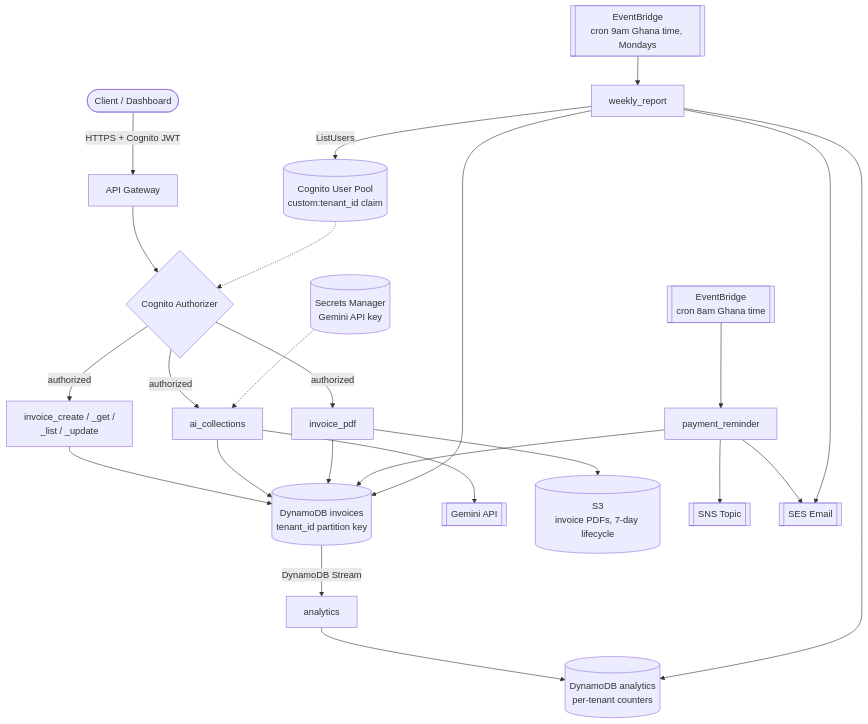
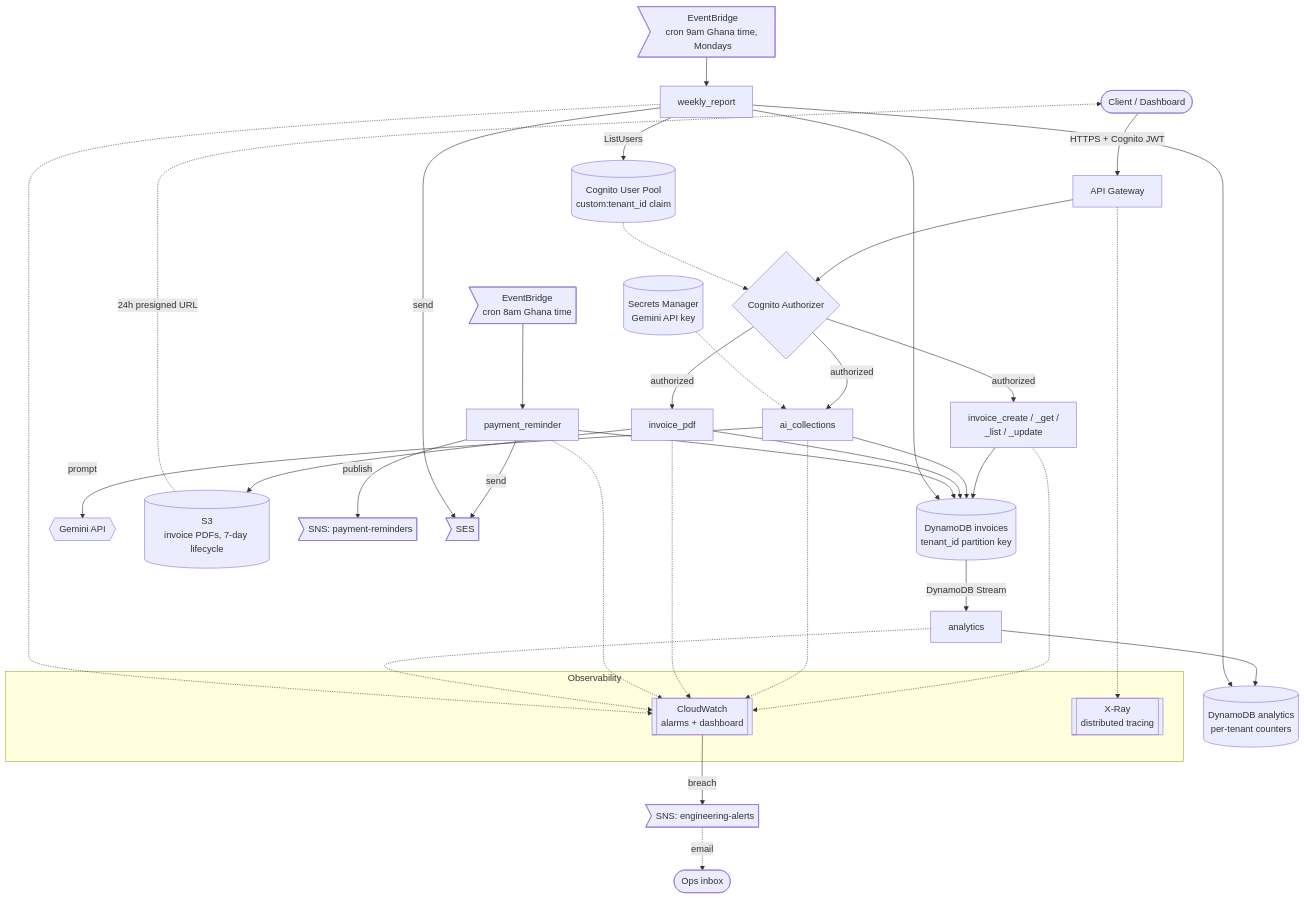
One commit to Aliu2211/paytrack-africa changed the diagram in README.md. Above: the diagram before and after it, drawn with Mermaid. The commit also changed other lines of this file, not shown here.

Commit message:
docs: fix architecture diagram to use consistent, accurate elements
The diagram used the same subroutine shape for AWS-native services,
messaging, and an external third-party API interchangeably, and
omitted CloudWatch/X-Ray entirely despite both being called out in the
services table below it. Gives each category (compute, data store,
decision, external API, eventing) its own shape, splits the single
generic SNS node into the two real topics (payment-reminders vs
engineering-alerts), adds the presigned-URL response back to the
client, and adds an Observability subgraph for CloudWatch/X-Ray.

````diff
--- a/README.md
+++ b/README.md
@@ -19,34 +21,44 @@
 ```mermaid
 flowchart TD
     Client([Client / Dashboard]) -->|"HTTPS + Cognito JWT"| APIGW[API Gateway]
     APIGW --> Auth{Cognito Authorizer}
 
     Auth -->|authorized| CRUD["invoice_create / _get /<br/>_list / _update"]
     Auth -->|authorized| Collect[ai_collections]
     Auth -->|authorized| PDF[invoice_pdf]
 
     CRUD --> DDB[("DynamoDB invoices<br/>tenant_id partition key")]
     Collect --> DDB
     PDF --> DDB
 
-    Collect --> Gemini[[Gemini API]]
+    Collect -->|"prompt"| Gemini{{Gemini API}}
     Secrets[("Secrets Manager<br/>Gemini API key")] -.-> Collect
 
     PDF --> S3PDF[("S3<br/>invoice PDFs, 7-day lifecycle")]
+    S3PDF -.->|"24h presigned URL"| Client
 
-    EventBridge[["EventBridge<br/>cron 8am Ghana time"]] --> Reminder[payment_reminder]
+    CronReminder>"EventBridge<br/>cron 8am Ghana time"] --> Reminder[payment_reminder]
     Reminder --> DDB
-    Reminder --> SNS[[SNS Topic]]
-    Reminder --> SES[[SES Email]]
+    Reminder -->|"publish"| SNSReminders>"SNS: payment-reminders"]
+    Reminder -->|"send"| SESOut>"SES"]
 
     DDB -->|"DynamoDB Stream"| Analytics[analytics]
     Analytics --> AnalyticsTable[("DynamoDB analytics<br/>per-tenant counters")]
 
-    WeeklyCron[["EventBridge<br/>cron 9am Ghana time, Mondays"]] --> WeeklyReport[weekly_report]
+    CronWeekly>"EventBridge<br/>cron 9am Ghana time, Mondays"] --> WeeklyReport[weekly_report]
     WeeklyReport --> DDB
     WeeklyReport --> AnalyticsTable
     WeeklyReport -->|"ListUsers"| CognitoPool
-    WeeklyReport --> SES
+    WeeklyReport -->|"send"| SESOut
 
     CognitoPool[("Cognito User Pool<br/>custom:tenant_id claim")] -.-> Auth
+
+    subgraph Observability
+        CW[["CloudWatch<br/>alarms + dashboard"]]
+        XRay[["X-Ray<br/>distributed tracing"]]
+    end
+    APIGW -.-> XRay
+    CRUD & Collect & PDF & Reminder & Analytics & WeeklyReport -.-> CW
+    CW -->|"breach"| SNSAlerts>"SNS: engineering-alerts"]
+    SNSAlerts -.->|"email"| AlertEmail([Ops inbox])
 ```
````
